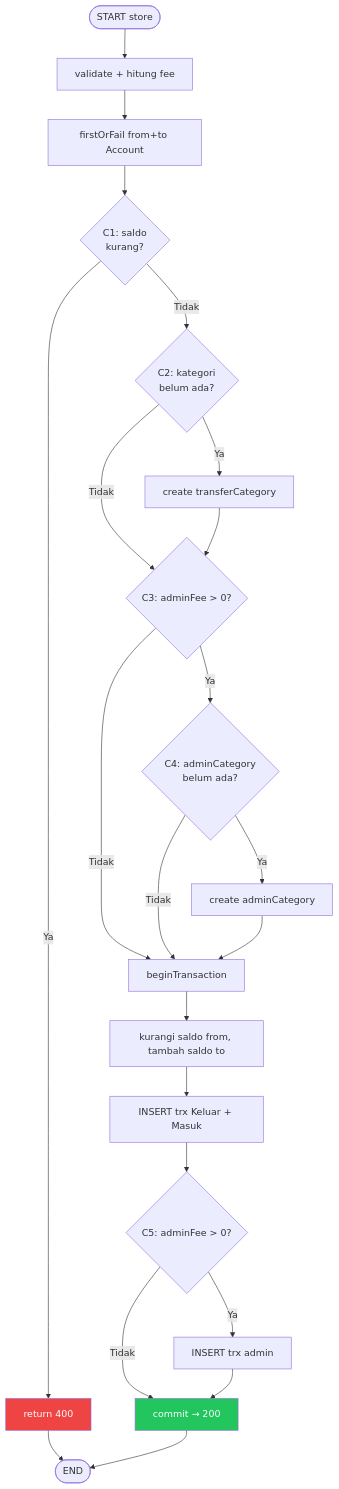
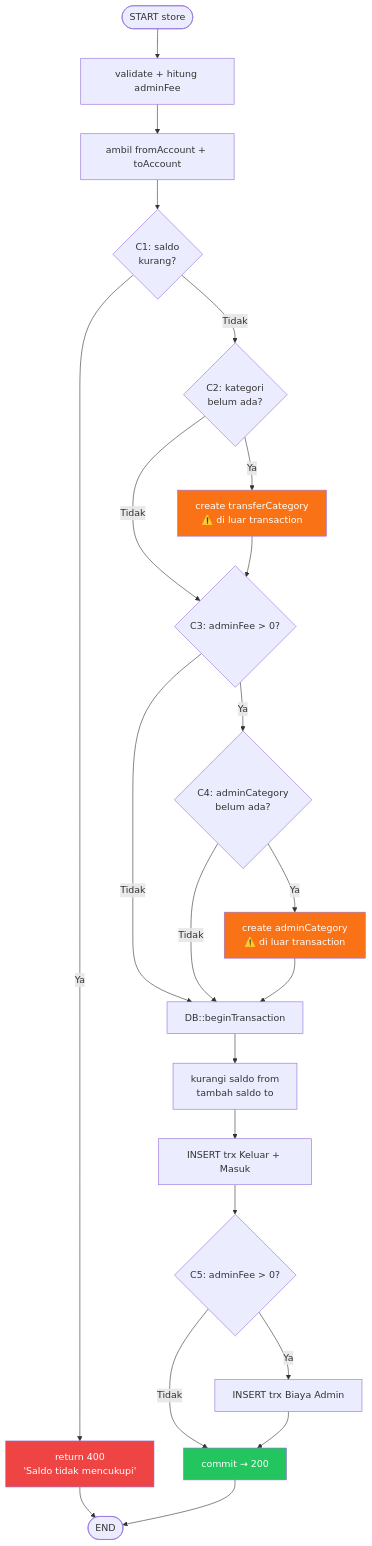
The second of 4 diagrams in Software Testing Documentation/White Box Testing/Control_Flow_Testing.md (JarJel/SQA-project), drawn with Mermaid before and after one commit. The commit also changed other lines of this file, not shown here.

````diff
--- a/Software Testing Documentation/White Box Testing/Control_Flow_Testing.md
+++ b/Software Testing Documentation/White Box Testing/Control_Flow_Testing.md
@@ -88,27 +104,29 @@
 ```mermaid
 flowchart TD
-    A([START store]) --> B[validate + hitung fee]
-    B --> C[firstOrFail from+to Account]
+    A([START store]) --> B[validate + hitung adminFee]
+    B --> C[ambil fromAccount + toAccount]
     C --> D{C1: saldo\nkurang?}
-    D -- Ya --> E[return 400]
+    D -- Ya --> E[return 400\n'Saldo tidak mencukupi']
     D -- Tidak --> F{C2: kategori\nbelum ada?}
-    F -- Ya --> G[create transferCategory]
+    F -- Ya --> G[create transferCategory\n⚠️ di luar transaction]
     F -- Tidak --> H{C3: adminFee > 0?}
     G --> H
     H -- Ya --> I{C4: adminCategory\nbelum ada?}
-    H -- Tidak --> J[beginTransaction]
-    I -- Ya --> K[create adminCategory]
+    H -- Tidak --> J[DB::beginTransaction]
+    I -- Ya --> K[create adminCategory\n⚠️ di luar transaction]
     I -- Tidak --> J
     K --> J
-    J --> L[kurangi saldo from, tambah saldo to]
+    J --> L[kurangi saldo from\ntambah saldo to]
     L --> M[INSERT trx Keluar + Masuk]
     M --> N{C5: adminFee > 0?}
-    N -- Ya --> O[INSERT trx admin]
+    N -- Ya --> O[INSERT trx Biaya Admin]
     N -- Tidak --> P[commit → 200]
     O --> P
     E --> Z([END])
     P --> Z
 
     style E fill:#ef4444,color:#fff
+    style G fill:#f97316,color:#fff
+    style K fill:#f97316,color:#fff
     style P fill:#22c55e,color:#fff
 ```
````
